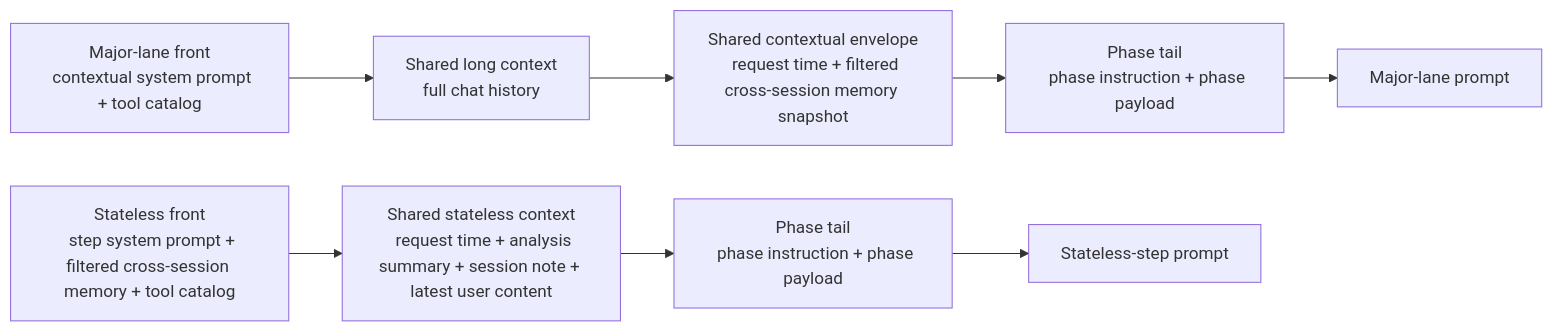
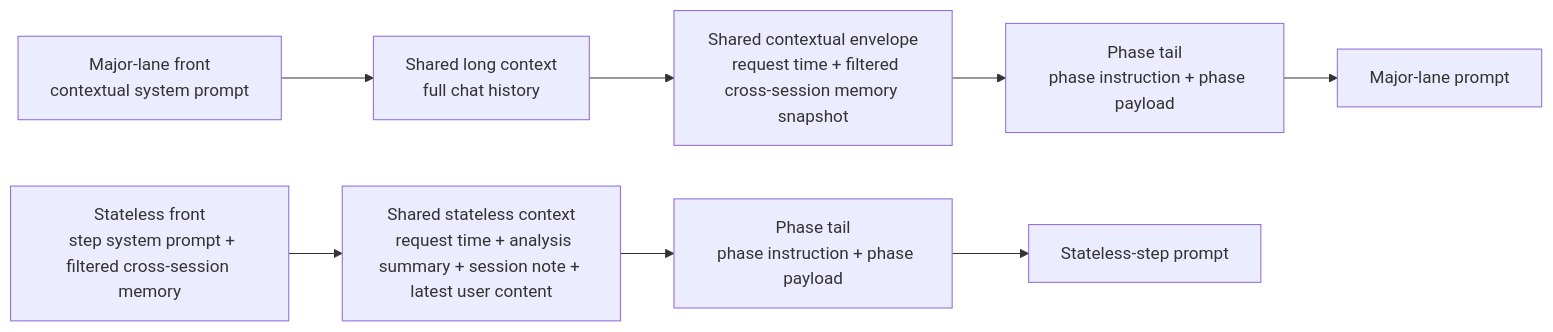
One commit to Eason023/chat-studio changed the second of 3 diagrams in README.md. Above: the diagram before and after it, drawn with Mermaid. The commit also changed other lines of this file and 1 other file, not shown here.

Commit message:
perf: remove plaintext tool catalogs from intelligent prompts

````diff
--- a/README.md
+++ b/README.md
@@ -308,18 +308,18 @@
 ```mermaid
 flowchart LR
   A["Major-lane front
-  contextual system prompt + tool catalog"] --> B["Shared long context
+  contextual system prompt"] --> B["Shared long context
   full chat history"]
   B --> C["Shared contextual envelope
   request time + filtered cross-session memory snapshot"]
   C --> D["Phase tail
   phase instruction + phase payload"]
   D --> E["Major-lane prompt"]
 
   F["Stateless front
-  step system prompt + filtered cross-session memory + tool catalog"] --> G["Shared stateless context
+  step system prompt + filtered cross-session memory"] --> G["Shared stateless context
   request time + analysis summary + session note + latest user content"]
   G --> H["Phase tail
   phase instruction + phase payload"]
   H --> I["Stateless-step prompt"]
 ```
````
